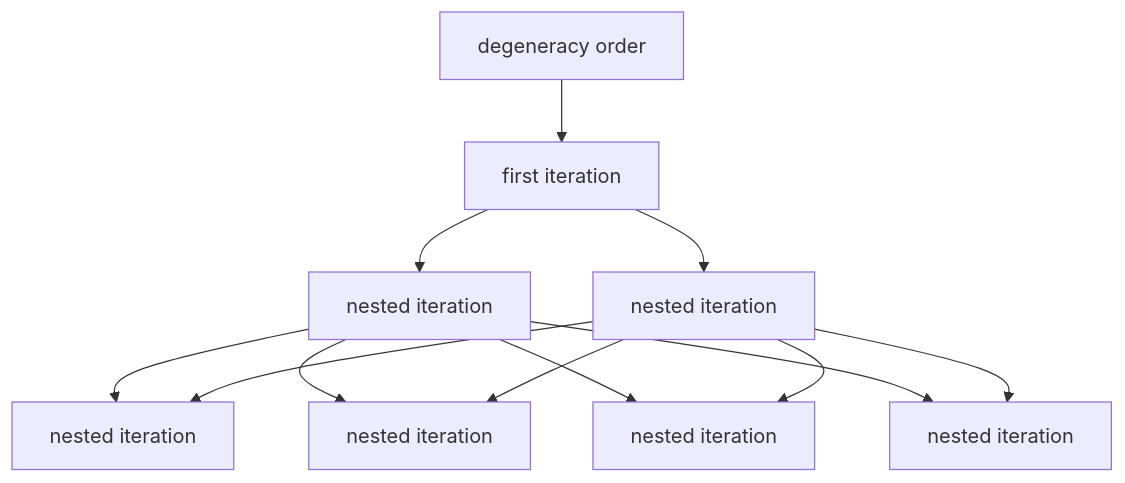
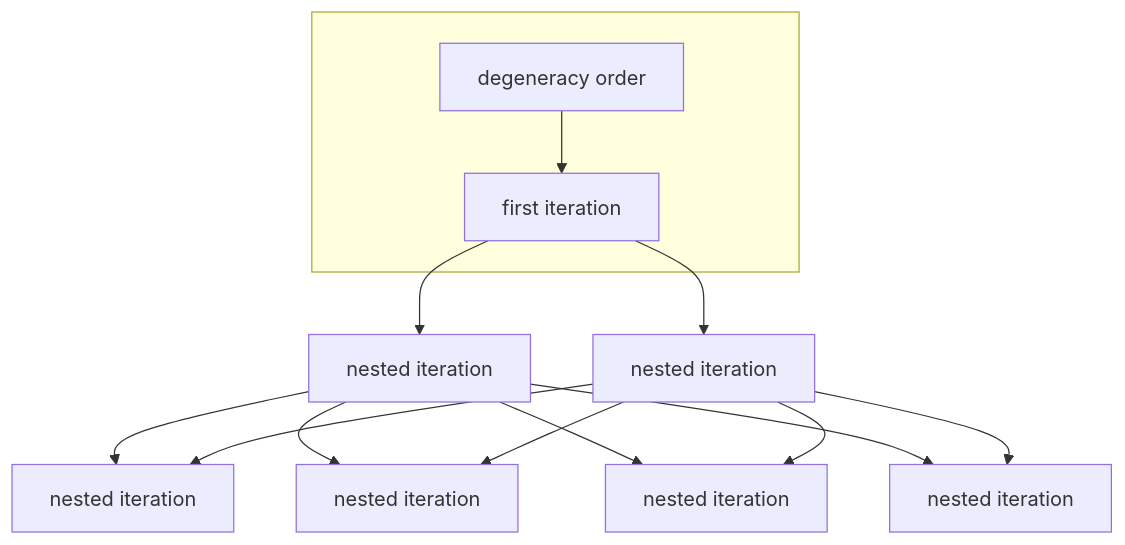
One commit to ssomers/Bron-Kerbosch changed the diagram in README.md. Above: the diagram before and after it, drawn with Mermaid.

````diff
--- a/README.md
+++ b/README.md
@@ -132,22 +132,24 @@
 ```mermaid
 flowchart TD
-  a[degeneracy order]
-  b[first iteration]
+  subgraph s[ ]
+    a[degeneracy order]
+    b[first iteration]
+    a --> b
+  end
   c[nested iteration]
   d[nested iteration]
   e[nested iteration]
   f[nested iteration]
   g[nested iteration]
   h[nested iteration]
-  a --> b
   b --> c
   b --> d
   c --> e
   c --> f
   c --> g
   c --> h
   d --> e
   d --> f
   d --> g
   d --> h
 ```
````
